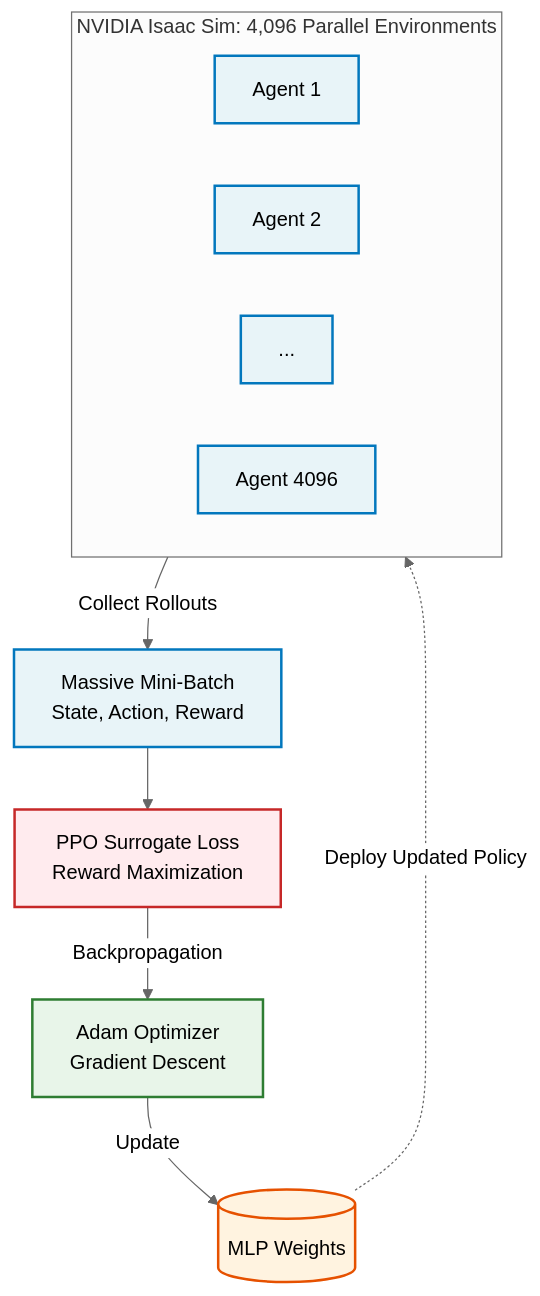
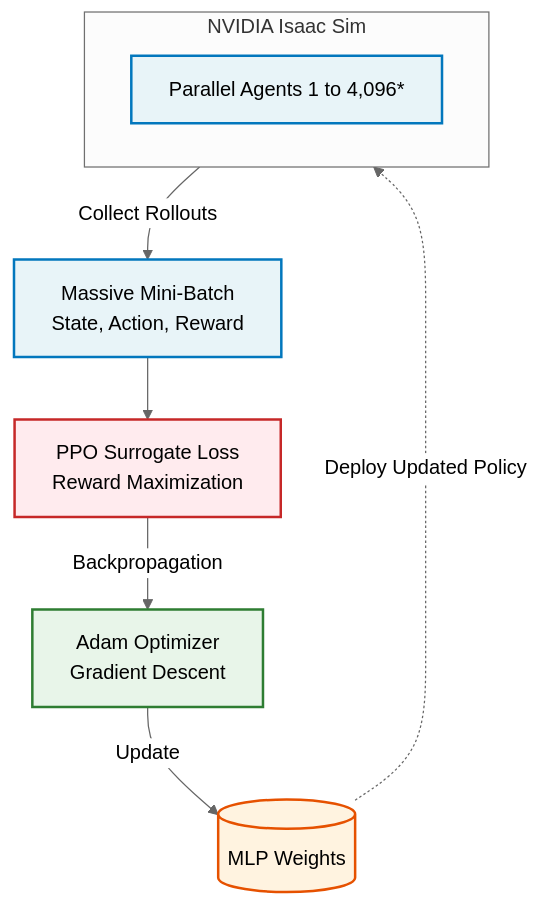
Before and after one commit to Glen02lee/isaac-go2-rl-training: the second of 2 diagrams in README.md, drawn with Mermaid (neutral theme). The commit also changed other lines of this file, not shown here.

Commit message:
docs: Simplify Chapter 8 diagram and add hyperparameter note

````diff
--- a/README.md
+++ b/README.md
@@ -102,27 +102,23 @@
 ```mermaid
 flowchart TD
     %% Styling
     classDef env fill:#e8f4f8,stroke:#0277bd,stroke-width:2px,color:#000;
     classDef opt fill:#e8f5e9,stroke:#2e7d32,stroke-width:2px,color:#000;
     classDef loss fill:#ffebee,stroke:#c62828,stroke-width:2px,color:#000;
     classDef weight fill:#fff3e0,stroke:#e65100,stroke-width:2px,color:#000;
 
-    subgraph Isaac_Sim [NVIDIA Isaac Sim: 4,096 Parallel Environments]
-        direction LR
-        R1[Agent 1]:::env
-        R2[Agent 2]:::env
-        Rdots[...]:::env
-        Rn[Agent 4096]:::env
+    subgraph Isaac_Sim [NVIDIA Isaac Sim]
+        Agents[Parallel Agents 1 to 4,096*]:::env
     end
 
     Batch[Massive Mini-Batch<br>State, Action, Reward]:::env
     Loss[PPO Surrogate Loss<br>Reward Maximization]:::loss
     Adam[Adam Optimizer<br>Gradient Descent]:::opt
     Weights[(MLP Weights)]:::weight
 
     Isaac_Sim -->|Collect Rollouts| Batch
     Batch --> Loss
     Loss -->|Backpropagation| Adam
     Adam -->|Update| Weights
     Weights -.->|Deploy Updated Policy| Isaac_Sim
 ```
````
